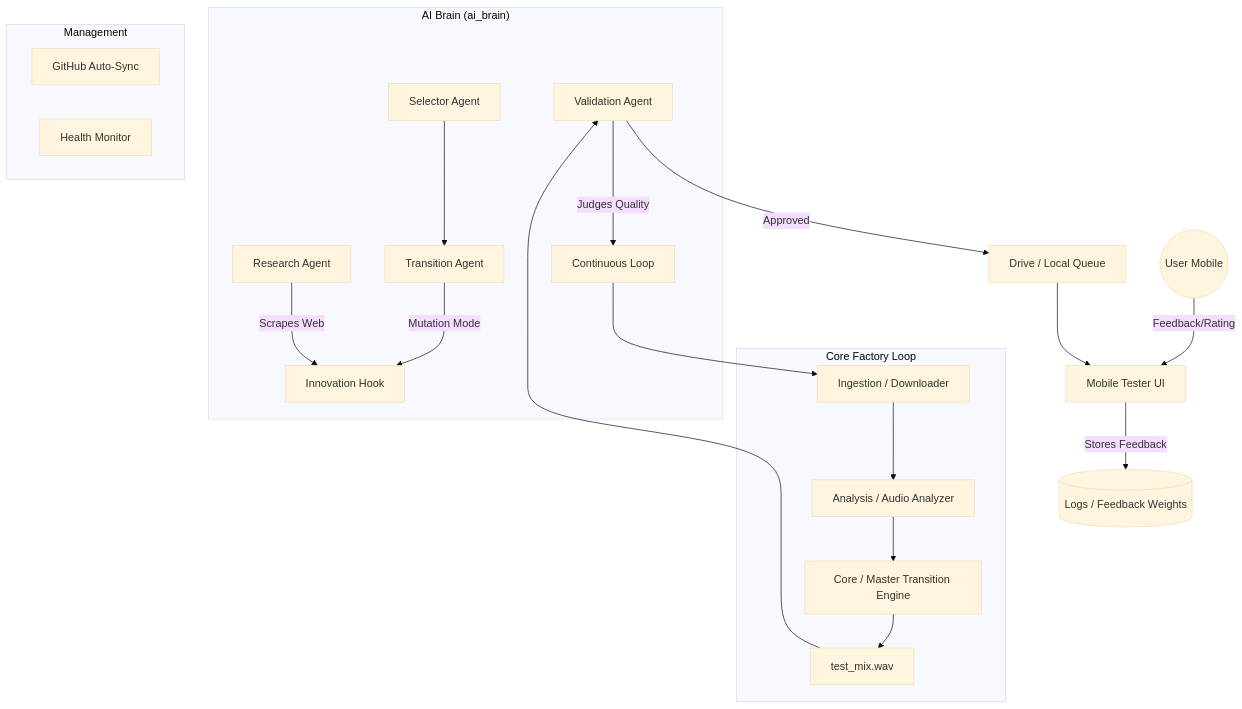
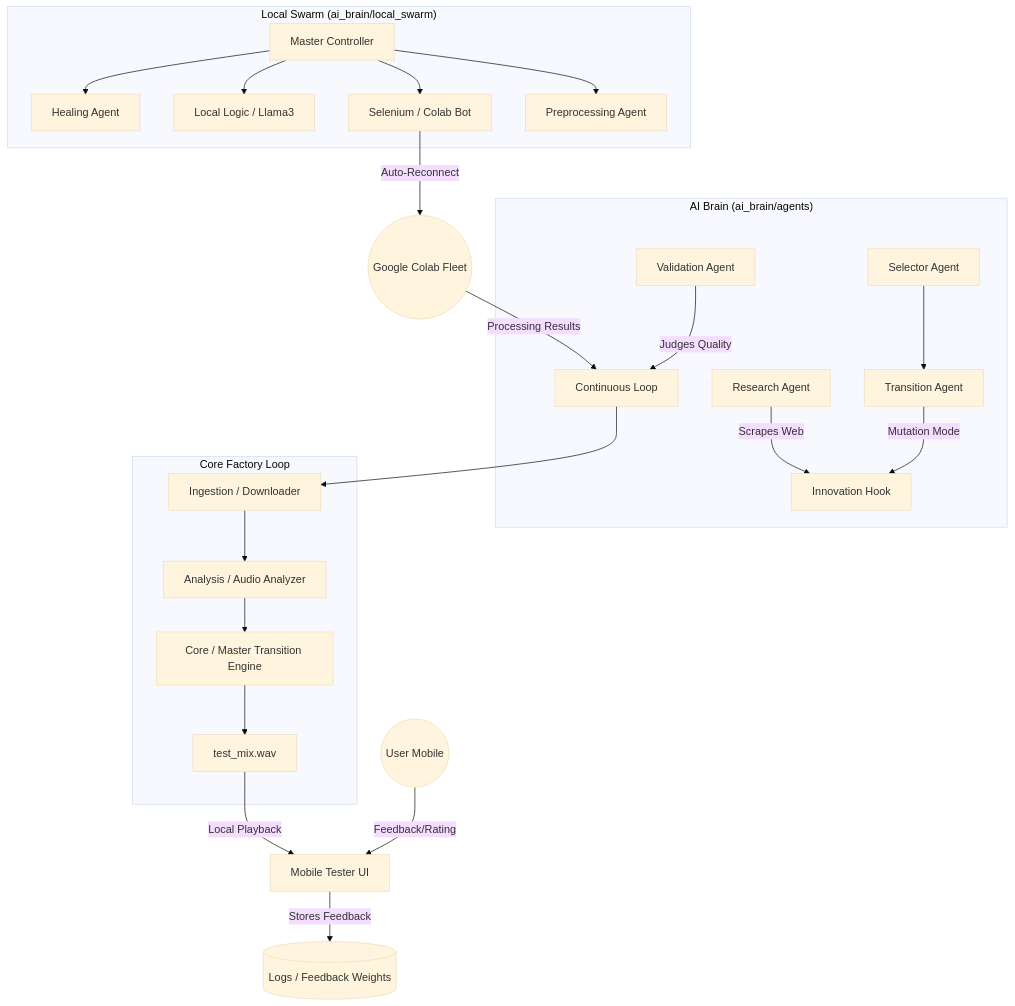
Before and after one commit to parth33320/DJ: the diagram in ARCHITECTURE.md, drawn with Mermaid (base theme). The commit also changed other lines of this file, not shown here.

Commit message:
🦖 DOCS: Updated architecture to include Local Swarm credit-saving bots

````diff
--- a/ARCHITECTURE.md
+++ b/ARCHITECTURE.md
@@ -7,28 +7,30 @@
 ```mermaid
 graph TD
     User((User Mobile)) -- Feedback/Rating --> UI[Mobile Tester UI]
     UI -- Stores Feedback --> DB[(Logs / Feedback Weights)]
     
-    subgraph "AI Brain (ai_brain)"
+    subgraph "Local Swarm (ai_brain/local_swarm)"
+        Master[Master Controller] --> Healing[Healing Agent]
+        Master --> Logic[Local Logic / Llama3]
+        Master --> Selenium[Selenium / Colab Bot]
+        Master --> Pre[Preprocessing Agent]
+    end
+
+    subgraph "AI Brain (ai_brain/agents)"
         Selector[Selector Agent] --> Transition[Transition Agent]
         Transition -- Mutation Mode --> Innovation[Innovation Hook]
         Research[Research Agent] -- Scrapes Web --> Innovation
         Validator[Validation Agent] -- Judges Quality --> Factory
     end
     
     subgraph "Core Factory Loop"
         Factory[Continuous Loop] --> Downloader[Ingestion / Downloader]
         Downloader --> Analyzer[Analysis / Audio Analyzer]
         Analyzer --> Engine[Core / Master Transition Engine]
         Engine --> Mix[test_mix.wav]
     end
     
-    Mix --> Validator
-    Validator -- Approved --> Queue[Drive / Local Queue]
-    Queue --> UI
-    
-    subgraph "Management"
-        Sync[GitHub Auto-Sync]
-        Monitor[Health Monitor]
-    end
+    Mix -- Local Playback --> UI
+    Selenium -- Auto-Reconnect --> Colab((Google Colab Fleet))
+    Colab -- Processing Results --> Factory
 ```
````
